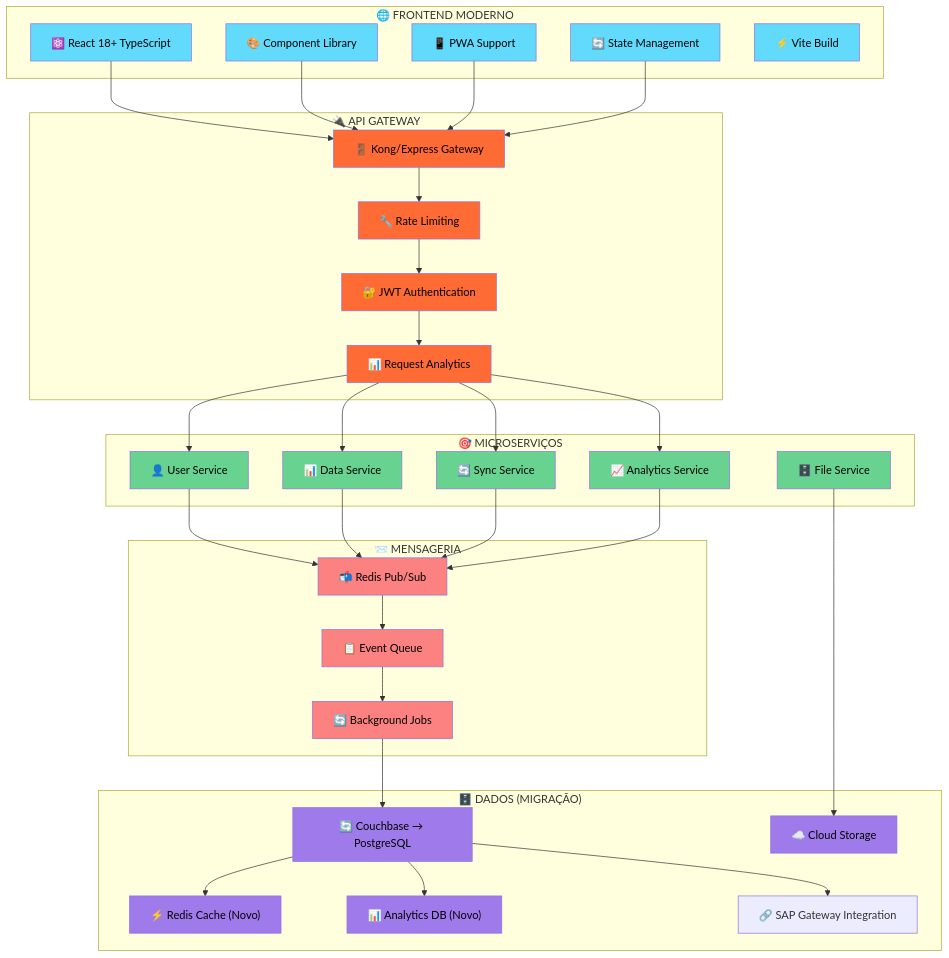
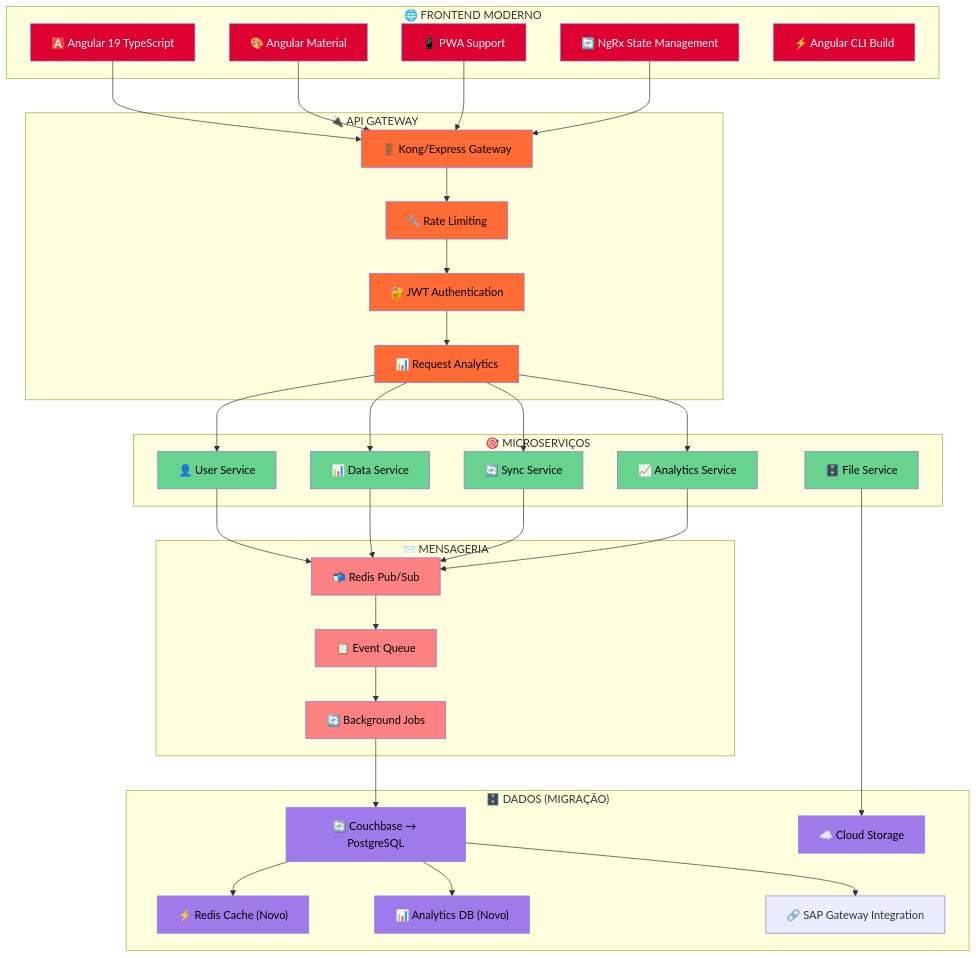
The first of 4 diagrams in README.md (EduPereiraAlest/FocusTextil), drawn with Mermaid before and after one commit. The commit also changed other lines of this file and 56 other files, not shown here.

Commit message:
refactor: migrate frontend from React to Angular architecture

````diff
--- a/README.md
+++ b/README.md
@@ -39,11 +39,11 @@
 ```mermaid
 graph TB
 subgraph "🌐 FRONTEND MODERNO"
-A["⚛️ React 18+ TypeScript"]
-B["🎨 Component Library"]
+A["🅰️ Angular 19 TypeScript"]
+B["🎨 Angular Material"]
 C["📱 PWA Support"]
-D["🔄 State Management"]
-E["⚡ Vite Build"]
+D["🔄 NgRx State Management"]
+E["⚡ Angular CLI Build"]
 end
 
 subgraph "🔌 API GATEWAY"
@@ -103,11 +103,11 @@
 R --> V
 N --> U
 
-style A fill:#61dafb,color:#000000
-style B fill:#61dafb,color:#000000
-style C fill:#61dafb,color:#000000
-style D fill:#61dafb,color:#000000
-style E fill:#61dafb,color:#000000
+style A fill:#dd0031,color:#ffffff
+style B fill:#dd0031,color:#ffffff
+style C fill:#dd0031,color:#ffffff
+style D fill:#dd0031,color:#ffffff
+style E fill:#dd0031,color:#ffffff
 style F fill:#ff6b35,color:#000000
 style G fill:#ff6b35,color:#000000
 style H fill:#ff6b35,color:#000000
````
